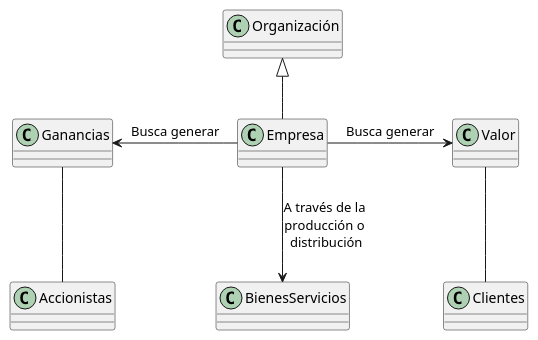
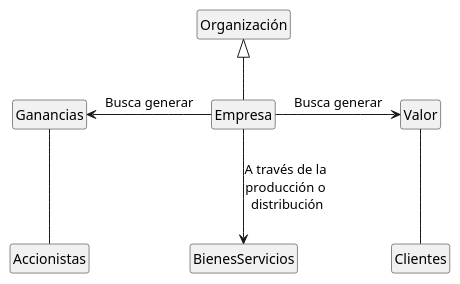
One commit to marcosvarona/DSI-22-23 changed the diagram in puml.source/empresa.puml. Above: the diagram before and after it, drawn with PlantUML. The commit also changed 1 other file, not shown here.

Commit message:
humanizar UML

```diff
--- a/puml.source/empresa.puml
+++ b/puml.source/empresa.puml
@@ -1,6 +1,9 @@
 Organización <|-- Empresa
 Empresa -l-> Ganancias: Busca generar
 Ganancias -d- Accionistas
 Empresa -r-> Valor: Busca generar
 Valor -d- Clientes
 Empresa -d-> BienesServicios:A través de la\nproducción o\n distribución
+
+hide empty members
+hide class circle
```
